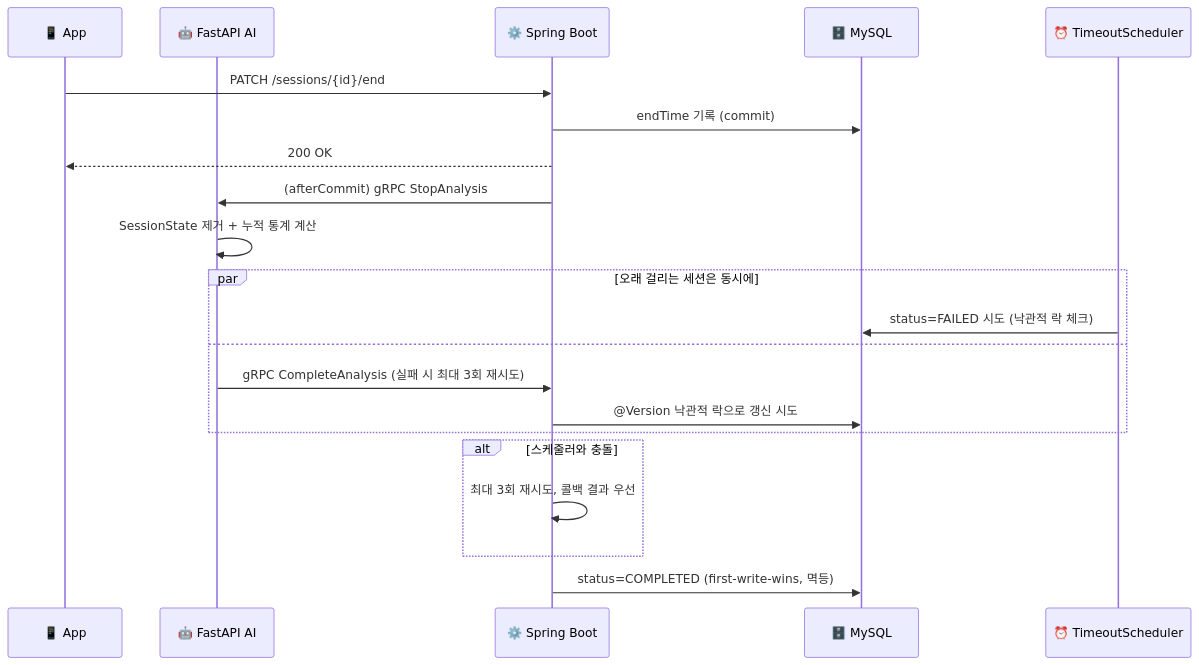
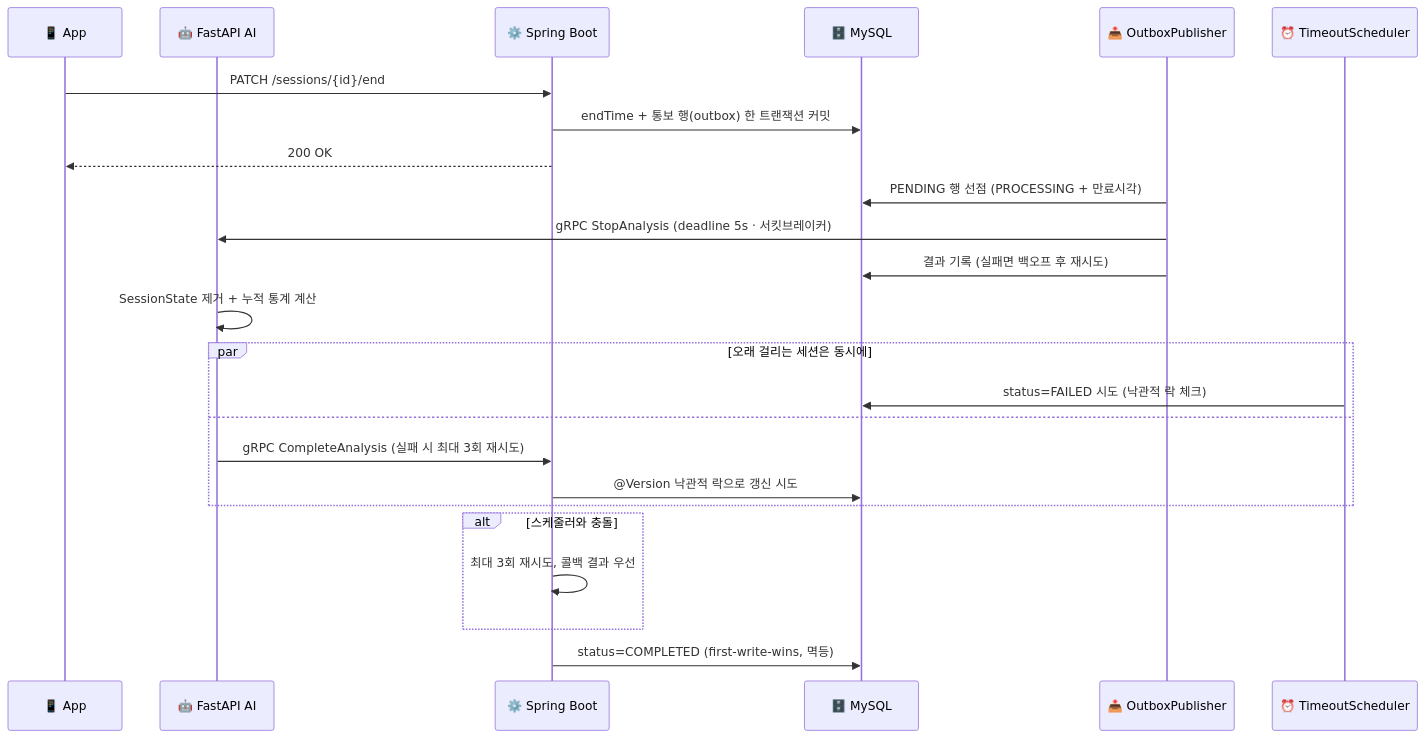
One commit to Shadowfit/.github changed the fourth of 5 diagrams in profile/README.md. Above: the diagram before and after it, drawn with Mermaid. The commit also changed other lines of this file, not shown here.

````diff
--- a/profile/README.md
+++ b/profile/README.md
@@ -134,25 +140,28 @@
 ```mermaid
 sequenceDiagram
     participant FE as 📱 App
     participant AI as 🤖 FastAPI AI
     participant BE as ⚙️ Spring Boot
     participant DB as 🗄️ MySQL
+    participant P as 📤 OutboxPublisher
     participant T as ⏰ TimeoutScheduler
 
     FE->>BE: PATCH /sessions/{id}/end
-    BE->>DB: endTime 기록 (commit)
+    BE->>DB: endTime + 통보 행(outbox) 한 트랜잭션 커밋
     BE-->>FE: 200 OK
-    BE->>AI: (afterCommit) gRPC StopAnalysis
+    P->>DB: PENDING 행 선점 (PROCESSING + 만료시각)
+    P->>AI: gRPC StopAnalysis (deadline 5s · 서킷브레이커)
+    P->>DB: 결과 기록 (실패면 백오프 후 재시도)
     AI->>AI: SessionState 제거 + 누적 통계 계산
 
     par 오래 걸리는 세션은 동시에
         T->>DB: status=FAILED 시도 (낙관적 락 체크)
     and
         AI->>BE: gRPC CompleteAnalysis (실패 시 최대 3회 재시도)
         BE->>DB: @Version 낙관적 락으로 갱신 시도
     end
     alt 스케줄러와 충돌
         BE->>BE: 최대 3회 재시도, 콜백 결과 우선
     end
     BE->>DB: status=COMPLETED (first-write-wins, 멱등)
 ```
````
